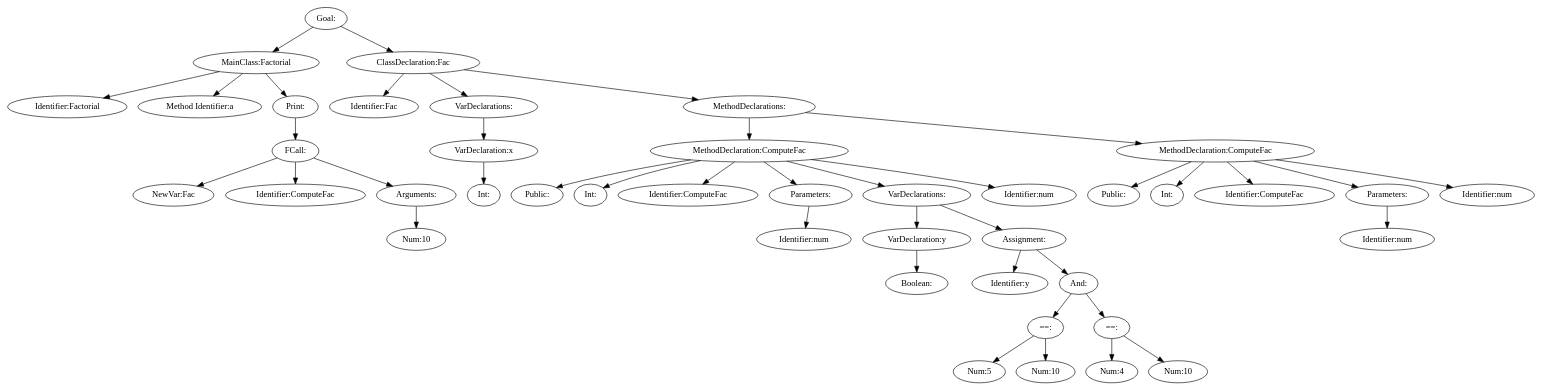
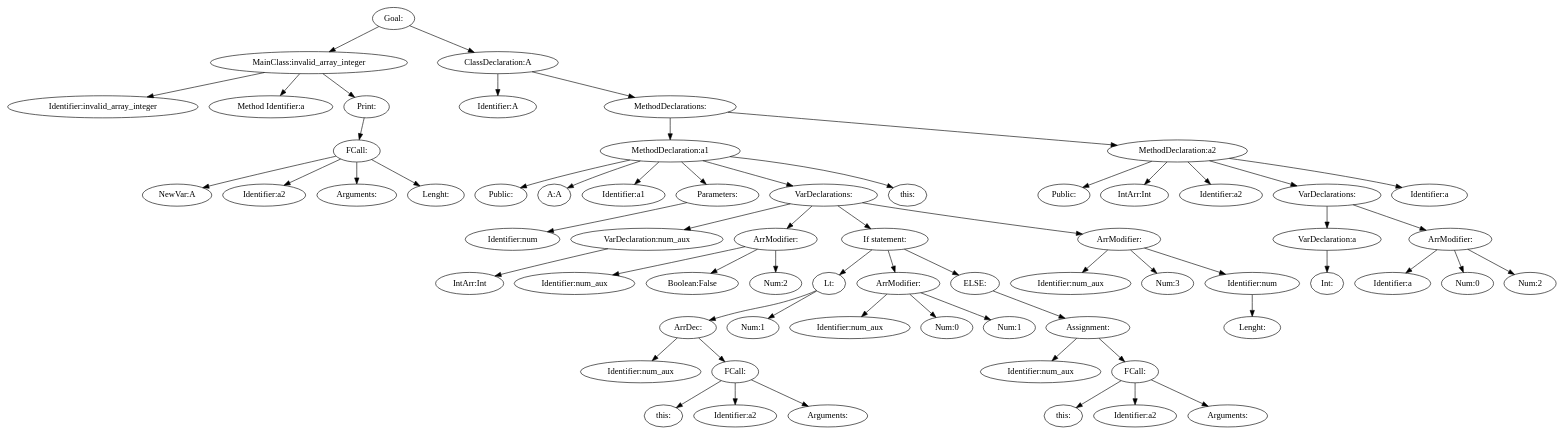
One commit to JakobAdamsson/Compiler-and-translation-technique changed the diagram in assignment2/assignment/tree.dot. Above: the diagram before and after it, drawn with Graphviz. The commit also changed 19 other files, not shown here.

```diff
--- a/assignment2/assignment/tree.dot
+++ b/assignment2/assignment/tree.dot
@@ -1,85 +1,129 @@
 digraph {
 n0 [label="Goal:"];
-n1 [label="MainClass:Factorial"];
-n2 [label="Identifier:Factorial"];
+n1 [label="MainClass:invalid_array_integer"];
+n2 [label="Identifier:invalid_array_integer"];
 n1 -> n2
 n3 [label="Method Identifier:a"];
 n1 -> n3
 n4 [label="Print:"];
 n5 [label="FCall:"];
-n6 [label="NewVar:Fac"];
+n6 [label="NewVar:A"];
 n5 -> n6
-n7 [label="Identifier:ComputeFac"];
+n7 [label="Identifier:a2"];
 n5 -> n7
 n8 [label="Arguments:"];
-n9 [label="Num:10"];
-n8 -> n9
 n5 -> n8
+n9 [label="Lenght:"];
+n5 -> n9
 n4 -> n5
 n1 -> n4
 n0 -> n1
-n10 [label="ClassDeclaration:Fac"];
-n11 [label="Identifier:Fac"];
+n10 [label="ClassDeclaration:A"];
+n11 [label="Identifier:A"];
 n10 -> n11
-n12 [label="VarDeclarations:"];
-n13 [label="VarDeclaration:x"];
-n14 [label="Int:"];
+n12 [label="MethodDeclarations:"];
+n13 [label="MethodDeclaration:a1"];
+n14 [label="Public:"];
 n13 -> n14
-n12 -> n13
-n10 -> n12
-n15 [label="MethodDeclarations:"];
-n16 [label="MethodDeclaration:ComputeFac"];
-n17 [label="Public:"];
-n16 -> n17
-n18 [label="Int:"];
-n16 -> n18
-n19 [label="Identifier:ComputeFac"];
-n16 -> n19
-n20 [label="Parameters:"];
-n21 [label="Identifier:num"];
+n15 [label="A:A"];
+n13 -> n15
+n16 [label="Identifier:a1"];
+n13 -> n16
+n17 [label="Parameters:"];
+n18 [label="Identifier:num"];
+n17 -> n18
+n13 -> n17
+n19 [label="VarDeclarations:"];
+n20 [label="VarDeclaration:num_aux"];
+n21 [label="IntArr:Int"];
 n20 -> n21
-n16 -> n20
-n22 [label="VarDeclarations:"];
-n23 [label="VarDeclaration:y"];
-n24 [label="Boolean:"];
-n23 -> n24
+n19 -> n20
+n22 [label="ArrModifier:"];
+n23 [label="Identifier:num_aux"];
 n22 -> n23
-n25 [label="Assignment:"];
-n26 [label="Identifier:y"];
-n25 -> n26
-n27 [label="And:"];
-n28 [label="==:"];
-n29 [label="Num:5"];
+n24 [label="Boolean:False"];
+n22 -> n24
+n25 [label="Num:2"];
+n22 -> n25
+n19 -> n22
+n26 [label="If statement:"];
+n27 [label="Lt:"];
+n28 [label="ArrDec:"];
+n29 [label="Identifier:num_aux"];
 n28 -> n29
-n30 [label="Num:10"];
+n30 [label="FCall:"];
+n31 [label="this:"];
+n30 -> n31
+n32 [label="Identifier:a2"];
+n30 -> n32
+n33 [label="Arguments:"];
+n30 -> n33
 n28 -> n30
 n27 -> n28
-n31 [label="==:"];
-n32 [label="Num:4"];
-n31 -> n32
-n33 [label="Num:10"];
-n31 -> n33
-n27 -> n31
-n25 -> n27
-n22 -> n25
-n16 -> n22
-n34 [label="Identifier:num"];
-n16 -> n34
-n15 -> n16
-n35 [label="MethodDeclaration:ComputeFac"];
-n36 [label="Public:"];
+n34 [label="Num:1"];
+n27 -> n34
+n26 -> n27
+n35 [label="ArrModifier:"];
+n36 [label="Identifier:num_aux"];
 n35 -> n36
-n37 [label="Int:"];
+n37 [label="Num:0"];
 n35 -> n37
-n38 [label="Identifier:ComputeFac"];
+n38 [label="Num:1"];
 n35 -> n38
-n39 [label="Parameters:"];
-n40 [label="Identifier:num"];
+n26 -> n35
+n39 [label="ELSE:"];
+n40 [label="Assignment:"];
+n41 [label="Identifier:num_aux"];
+n40 -> n41
+n42 [label="FCall:"];
+n43 [label="this:"];
+n42 -> n43
+n44 [label="Identifier:a2"];
+n42 -> n44
+n45 [label="Arguments:"];
+n42 -> n45
+n40 -> n42
 n39 -> n40
-n35 -> n39
-n41 [label="Identifier:num"];
-n35 -> n41
-n15 -> n35
-n10 -> n15
+n26 -> n39
+n19 -> n26
+n46 [label="ArrModifier:"];
+n47 [label="Identifier:num_aux"];
+n46 -> n47
+n48 [label="Num:3"];
+n46 -> n48
+n49 [label="Identifier:num"];
+n50 [label="Lenght:"];
+n49 -> n50
+n46 -> n49
+n19 -> n46
+n13 -> n19
+n51 [label="this:"];
+n13 -> n51
+n12 -> n13
+n52 [label="MethodDeclaration:a2"];
+n53 [label="Public:"];
+n52 -> n53
+n54 [label="IntArr:Int"];
+n52 -> n54
+n55 [label="Identifier:a2"];
+n52 -> n55
+n56 [label="VarDeclarations:"];
+n57 [label="VarDeclaration:a"];
+n58 [label="Int:"];
+n57 -> n58
+n56 -> n57
+n59 [label="ArrModifier:"];
+n60 [label="Identifier:a"];
+n59 -> n60
+n61 [label="Num:0"];
+n59 -> n61
+n62 [label="Num:2"];
+n59 -> n62
+n56 -> n59
+n52 -> n56
+n63 [label="Identifier:a"];
+n52 -> n63
+n12 -> n52
+n10 -> n12
 n0 -> n10
 }
```
